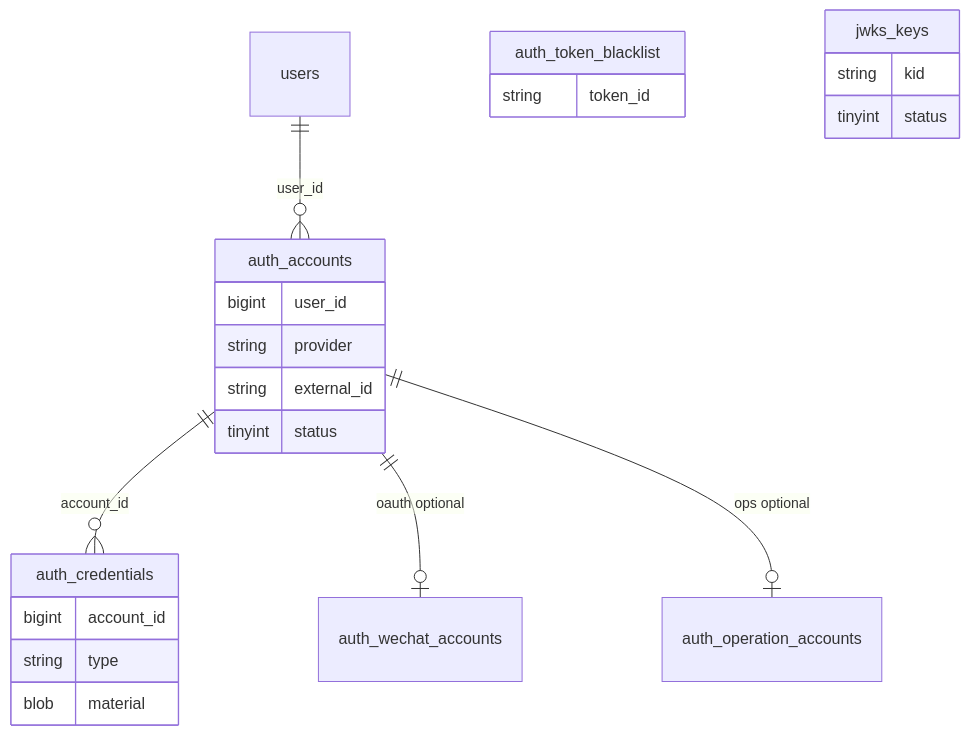
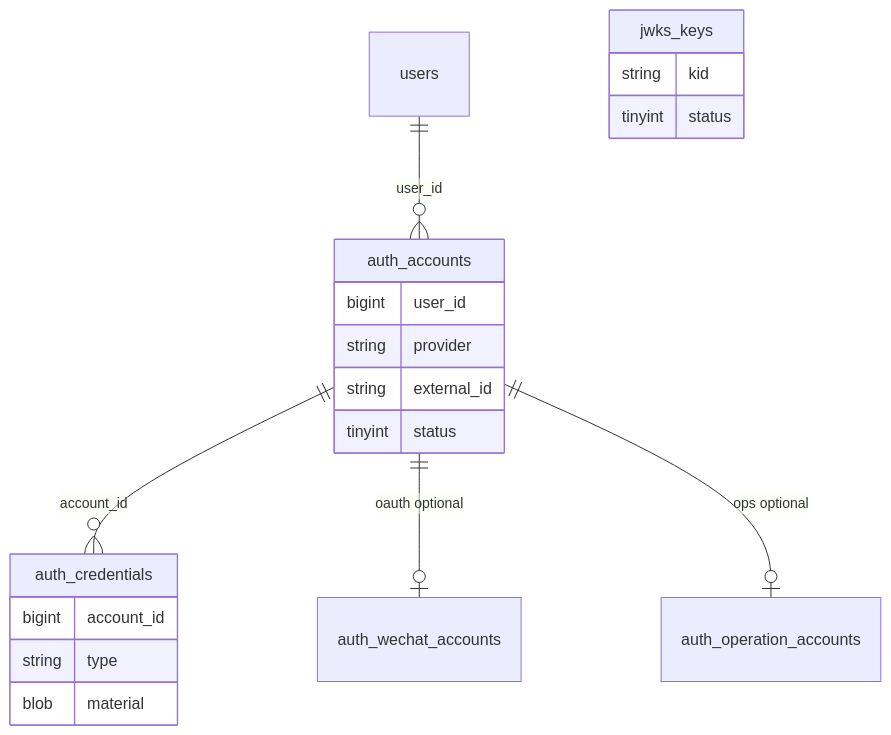
One commit to FangcunMount/iam-contracts changed the third of 4 diagrams in docs/02-业务域/01-authn-认证&Token&JWKS.md. Above: the diagram before and after it, drawn with Mermaid. The commit also changed other lines of this file and 105 other files, not shown here.

````diff
--- a/docs/02-业务域/01-authn-认证&Token&JWKS.md
+++ b/docs/02-业务域/01-authn-认证&Token&JWKS.md
@@ -112,25 +122,22 @@
 ```mermaid
 erDiagram
   users ||--o{ auth_accounts : "user_id"
   auth_accounts ||--o{ auth_credentials : "account_id"
   auth_accounts ||--o| auth_wechat_accounts : "oauth optional"
   auth_accounts ||--o| auth_operation_accounts : "ops optional"
-  auth_token_blacklist {
-    string token_id
-  }
   jwks_keys {
     string kid
     tinyint status
   }
   auth_accounts {
     bigint user_id
     string provider
     string external_id
     tinyint status
   }
   auth_credentials {
     bigint account_id
     string type
     blob material
   }
 ```
````
